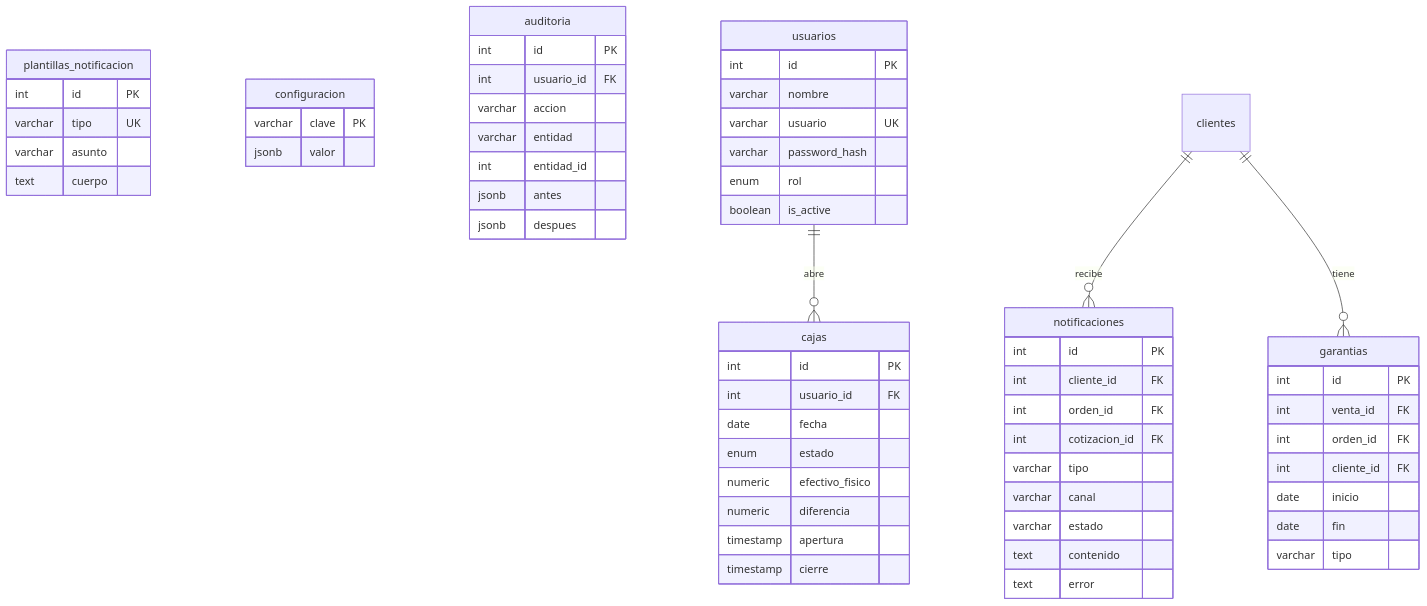
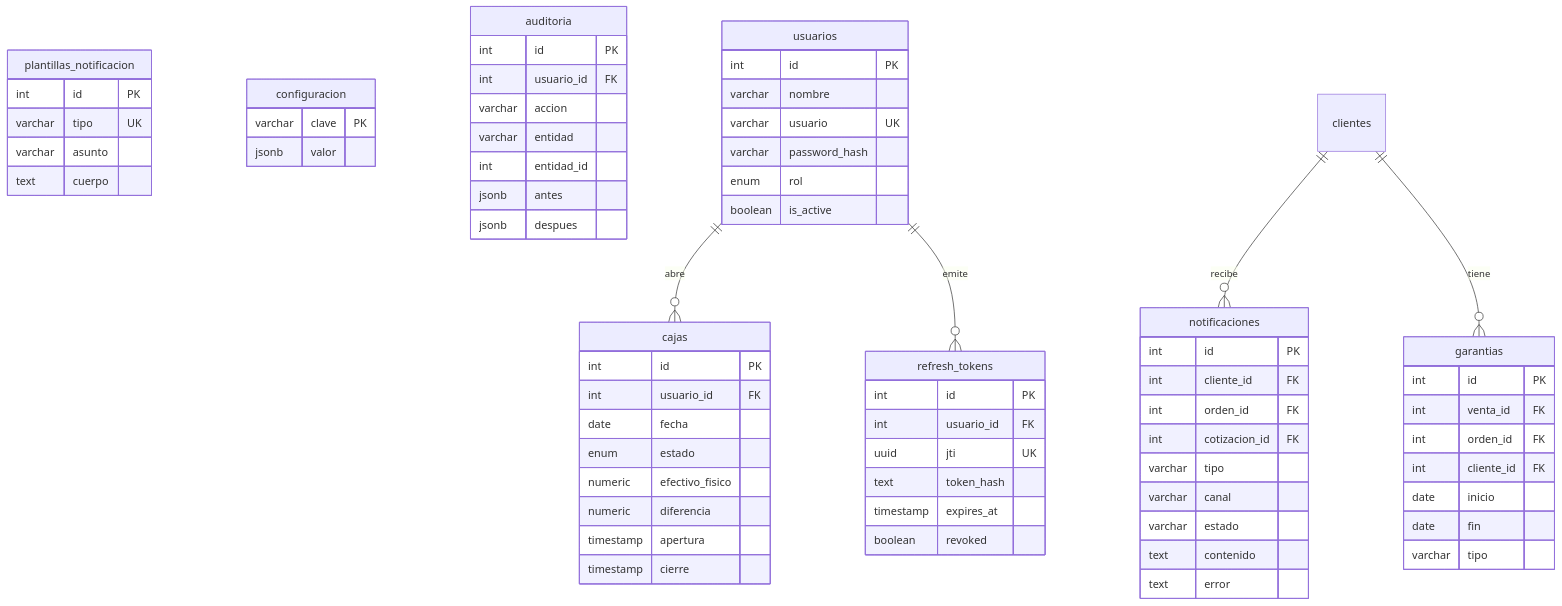
The fifth of 5 diagrams in docs/05-data-model.md (Magh97/techfix-product), drawn with Mermaid before and after one commit. The commit also changed other lines of this file and 3 other files, not shown here.

````diff
--- a/docs/05-data-model.md
+++ b/docs/05-data-model.md
@@ -232,63 +277,72 @@
 ```mermaid
 erDiagram
     cajas {
         int id PK
         int usuario_id FK
         date fecha
         enum estado
         numeric efectivo_fisico
         numeric diferencia
         timestamp apertura
         timestamp cierre
     }
     notificaciones {
         int id PK
         int cliente_id FK
         int orden_id FK
         int cotizacion_id FK
         varchar tipo
         varchar canal
         varchar estado
         text contenido
         text error
     }
     plantillas_notificacion {
         int id PK
         varchar tipo UK
         varchar asunto
         text cuerpo
     }
     garantias {
         int id PK
         int venta_id FK
         int orden_id FK
         int cliente_id FK
         date inicio
         date fin
         varchar tipo
     }
     configuracion {
         varchar clave PK
         jsonb valor
     }
     auditoria {
         int id PK
         int usuario_id FK
         varchar accion
         varchar entidad
         int entidad_id
         jsonb antes
         jsonb despues
     }
+    refresh_tokens {
+        int id PK
+        int usuario_id FK
+        uuid jti UK
+        text token_hash
+        timestamp expires_at
+        boolean revoked
+    }
     usuarios {
         int id PK
         varchar nombre
         varchar usuario UK
         varchar password_hash
         enum rol
         boolean is_active
     }
     usuarios ||--o{ cajas : abre
+    usuarios ||--o{ refresh_tokens : emite
     clientes ||--o{ notificaciones : recibe
     clientes ||--o{ garantias : tiene
 ```
````
